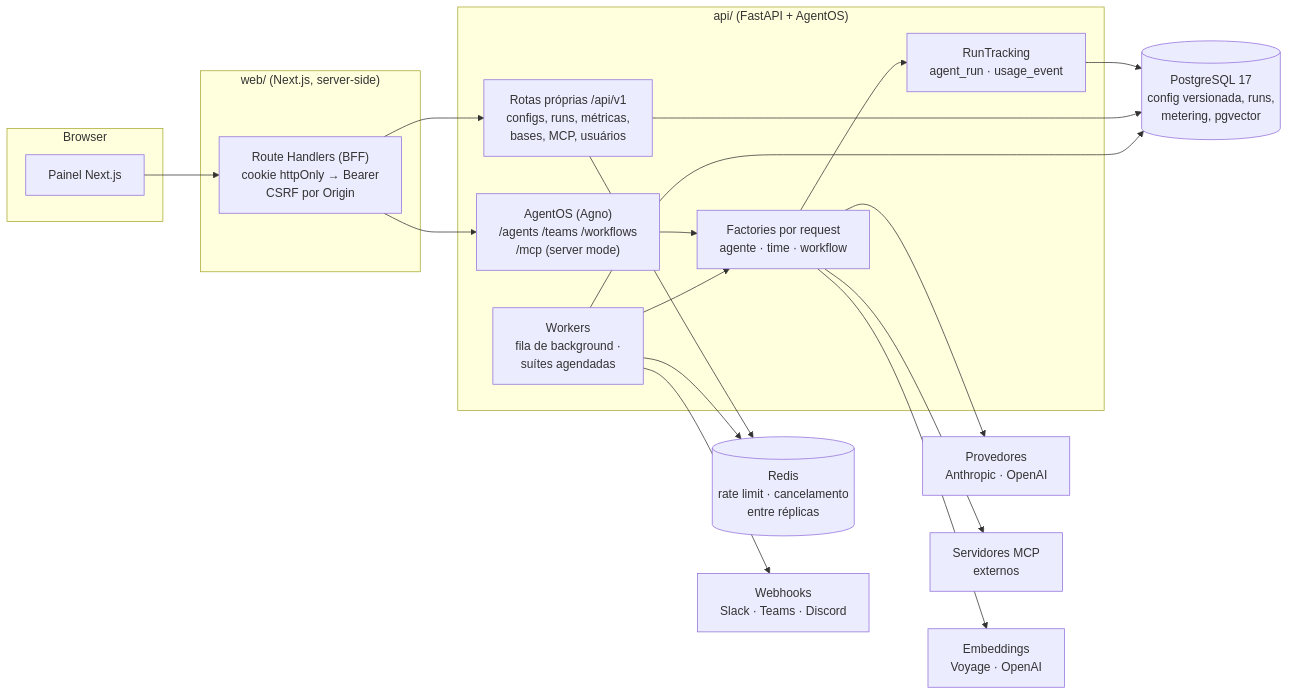
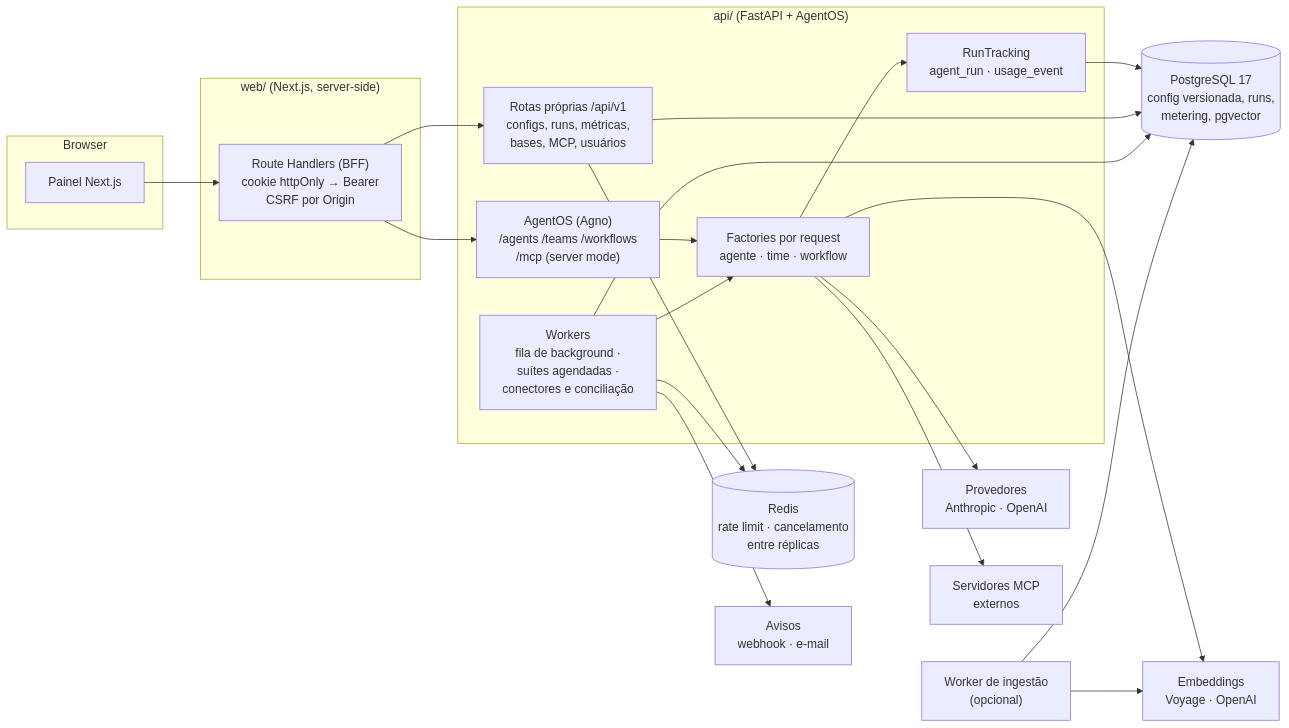
One commit to WellCod/automata changed the first of 2 diagrams in README.md. Above: the diagram before and after it, drawn with Mermaid. The commit also changed other lines of this file and 8 other files, not shown here.

Commit message:
docs: readme com as fases 36 a 42, adrs 0033 a 0039 aceitos e roadmap em dia

````diff
--- a/README.md
+++ b/README.md
@@ -178,32 +183,34 @@
 ```mermaid
 flowchart LR
     subgraph Browser
         UI[Painel Next.js]
     end
     subgraph web["web/ (Next.js, server-side)"]
         BFF["Route Handlers (BFF)<br/>cookie httpOnly → Bearer<br/>CSRF por Origin"]
     end
     subgraph api["api/ (FastAPI + AgentOS)"]
         R["Rotas próprias /api/v1<br/>configs, runs, métricas,<br/>bases, MCP, usuários"]
         OS["AgentOS (Agno)<br/>/agents /teams /workflows<br/>/mcp (server mode)"]
         F["Factories por request<br/>agente · time · workflow"]
         T["RunTracking<br/>agent_run · usage_event"]
-        W["Workers<br/>fila de background ·<br/>suítes agendadas"]
+        W["Workers<br/>fila de background ·<br/>suítes agendadas ·<br/>conectores e conciliação"]
     end
     PG[("PostgreSQL 17<br/>config versionada, runs,<br/>metering, pgvector")]
     RD[("Redis<br/>rate limit · cancelamento<br/>entre réplicas")]
     LLM["Provedores<br/>Anthropic · OpenAI"]
     MCP["Servidores MCP<br/>externos"]
     EMB["Embeddings<br/>Voyage · OpenAI"]
-    HOOK["Webhooks<br/>Slack · Teams · Discord"]
+    HOOK["Avisos<br/>webhook · e-mail"]
+    IW["Worker de ingestão<br/>(opcional)"]
 
     UI --> BFF --> R & OS
     OS --> F --> T --> PG
     R --> PG
     R --> RD
     F --> LLM & MCP & EMB
     W --> F
     W --> PG
     W --> RD
     W --> HOOK
+    IW --> PG & EMB
 ```
````
